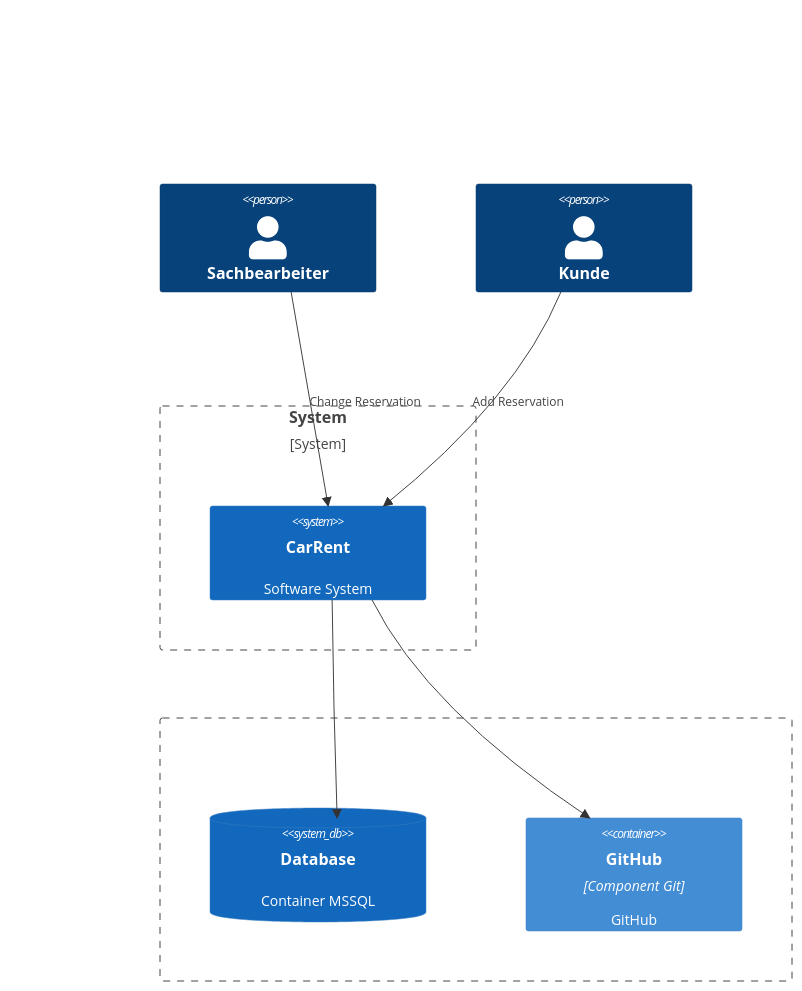
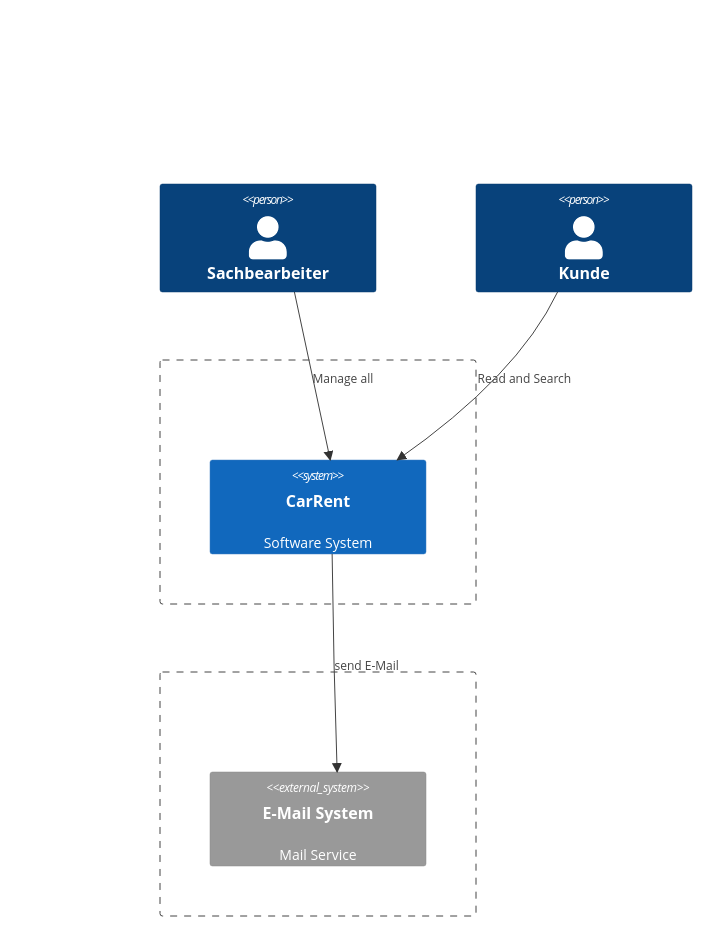
The first of 2 diagrams in README.md (tsolenthaler/zbw-sad-carrent2124), drawn with Mermaid before and after one commit. The commit also changed other lines of this file, not shown here.

Commit message:
fix C4 context

````diff
--- a/README.md
+++ b/README.md
@@ -6,21 +6,19 @@
 ```mermaid
 C4Context
     Person(Sachbearbeiter, "Sachbearbeiter")
      Person(Kunde, "Kunde")
 
-    Boundary(b1, "System", "System") {
+    Boundary(b1, "", "") {
         System(CarRent, "CarRent", "Software System")
     }
 
     Boundary(b2, "", "") {
-        SystemDb(Database, "Database", "Container MSSQL")
-        Container(github, "GitHub", "Component Git", "GitHub")
+        System_Ext(MailSystem, "E-Mail System", "Mail Service")
     }
 
-    Rel(Sachbearbeiter, CarRent, "Change Reservation")
-    Rel(Kunde, CarRent, "Add Reservation")
-    Rel(CarRent, Database, "")
-    Rel(CarRent, github, "")
+    Rel(Sachbearbeiter, CarRent, "Manage all")
+    Rel(Kunde, CarRent, "Read and Search")
+    Rel(CarRent, MailSystem, "send E-Mail")
 
     UpdateLayoutConfig($c4ShapeInRow="3", $c4BoundaryInRow="1")
 ```
````
